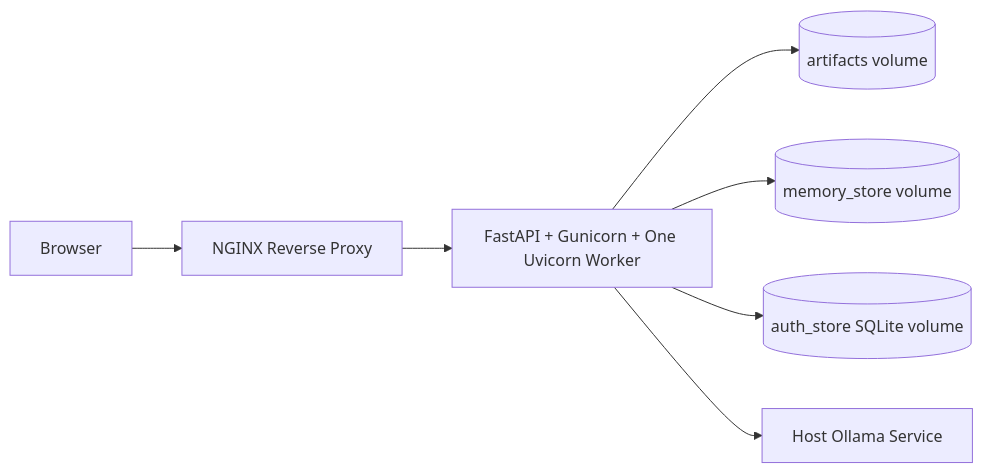
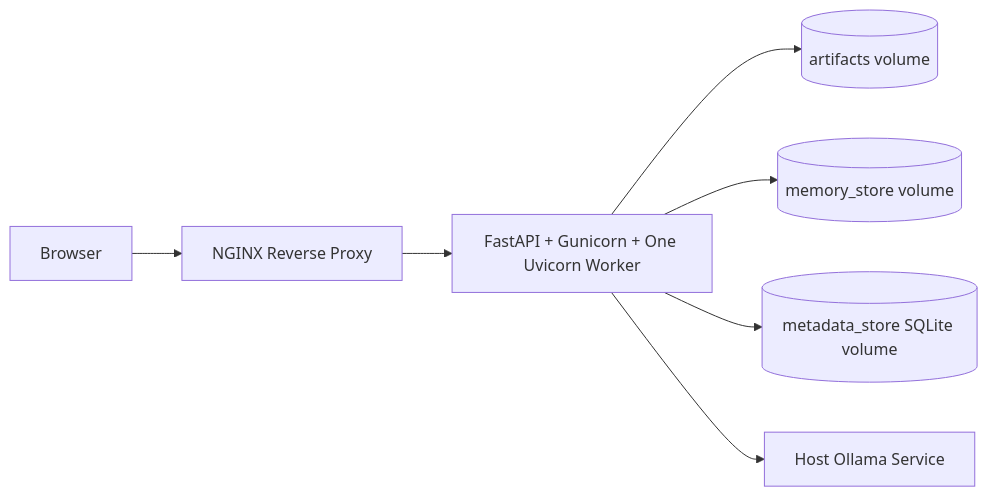
One commit to nexusBL/SentinelAI changed the diagram in docs/DEPLOYMENT.md. Above: the diagram before and after it, drawn with Mermaid. The commit also changed other lines of this file and 34 other files, not shown here.

````diff
--- a/docs/DEPLOYMENT.md
+++ b/docs/DEPLOYMENT.md
@@ -7,9 +7,9 @@
 ```mermaid
 flowchart LR
     Browser[Browser] --> Nginx[NGINX Reverse Proxy]
     Nginx --> App[FastAPI + Gunicorn + One Uvicorn Worker]
     App --> Artifacts[(artifacts volume)]
     App --> Memory[(memory_store volume)]
-    App --> Auth[(auth_store SQLite volume)]
+    App --> Metadata[(metadata_store SQLite volume)]
     App --> Ollama[Host Ollama Service]
 ```
````
